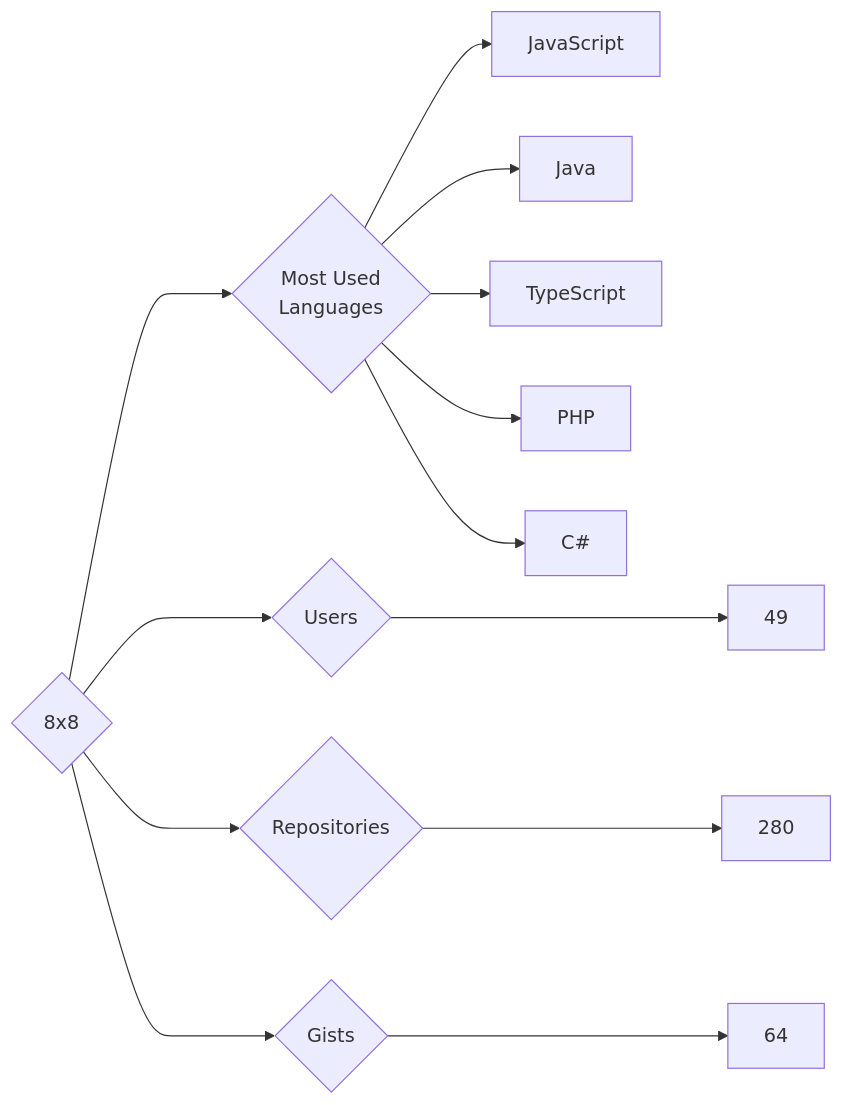
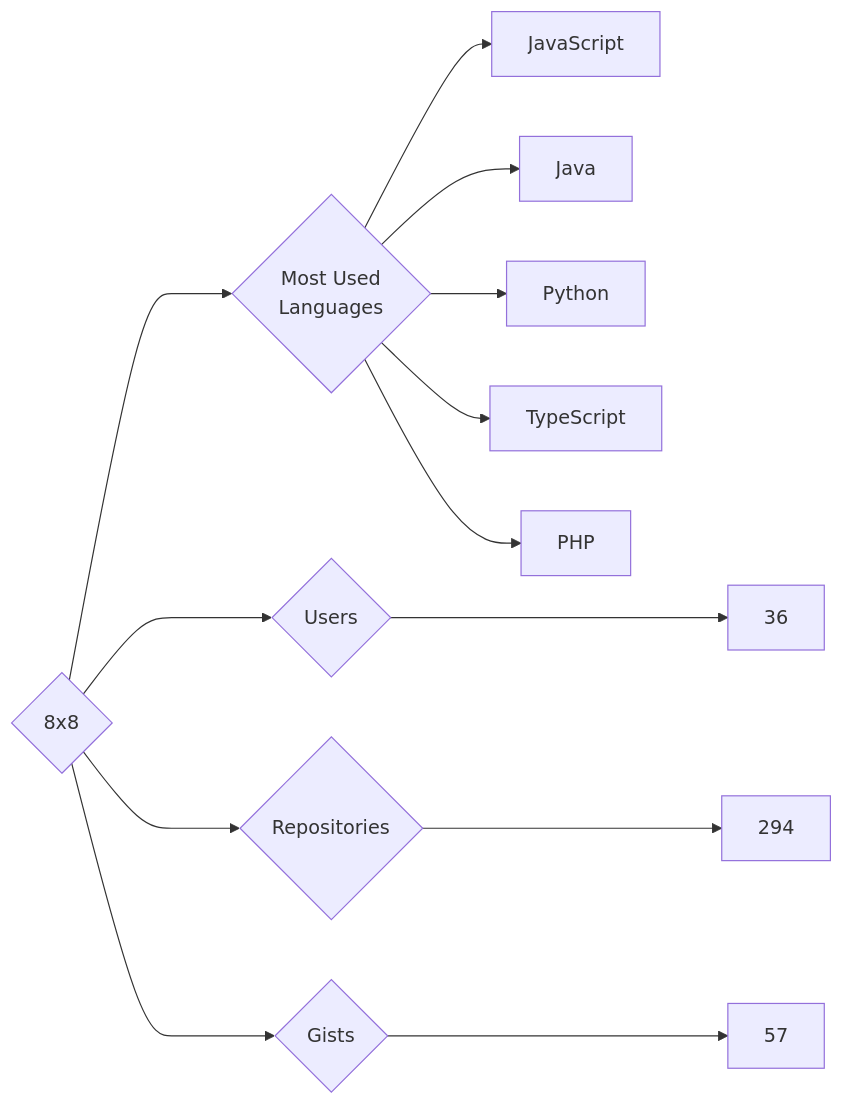
The diagram in targets/8x8/README.md (trickest/insiders), drawn with Mermaid before and after one commit. The commit also changed 1084 other files, not shown here.

````diff
--- a/targets/8x8/README.md
+++ b/targets/8x8/README.md
@@ -3,13 +3,13 @@
 ```mermaid
 graph LR
 COMPANY_NAME{8x8}
-COMPANY_NAME ---> U{Users} ---> UN[49]
-COMPANY_NAME ---> R{Repositories} ---> RN[280]
-COMPANY_NAME ---> G{Gists} ---> GN[64]
+COMPANY_NAME ---> U{Users} ---> UN[36]
+COMPANY_NAME ---> R{Repositories} ---> RN[294]
+COMPANY_NAME ---> G{Gists} ---> GN[57]
 COMPANY_NAME ---> ML{Most Used<br>Languages}
 ML --> JavaScript[JavaScript]
 ML --> Java[Java]
+ML --> Python[Python]
 ML --> TypeScript[TypeScript]
 ML --> PHP[PHP]
-ML --> C#[C#]
 ```
````
